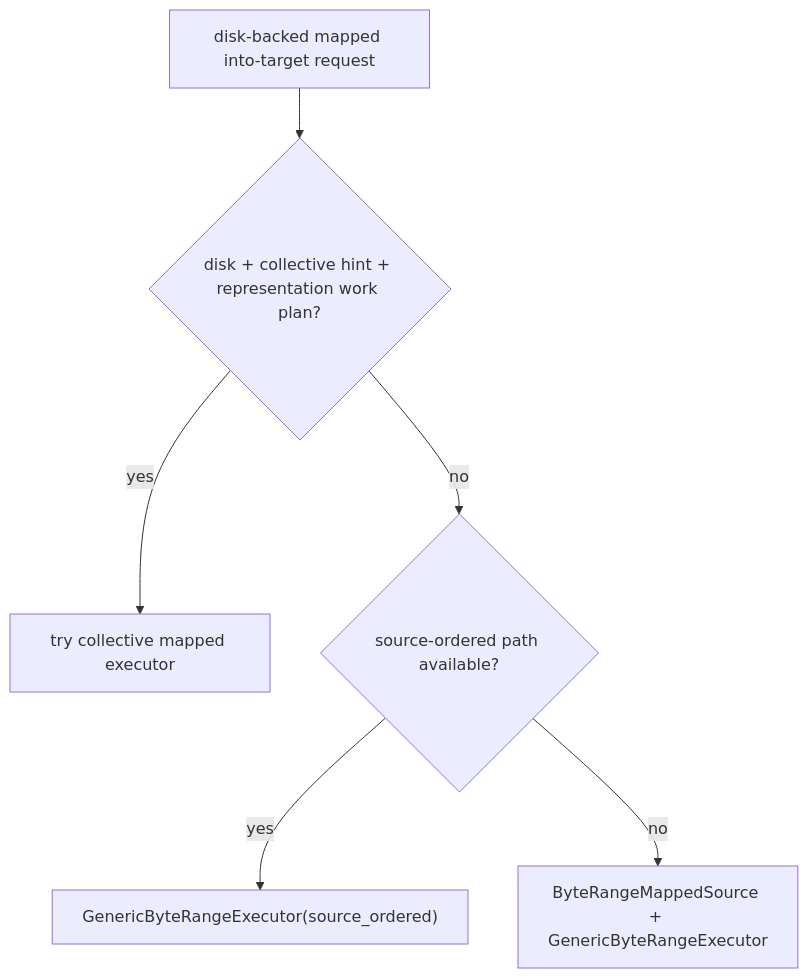
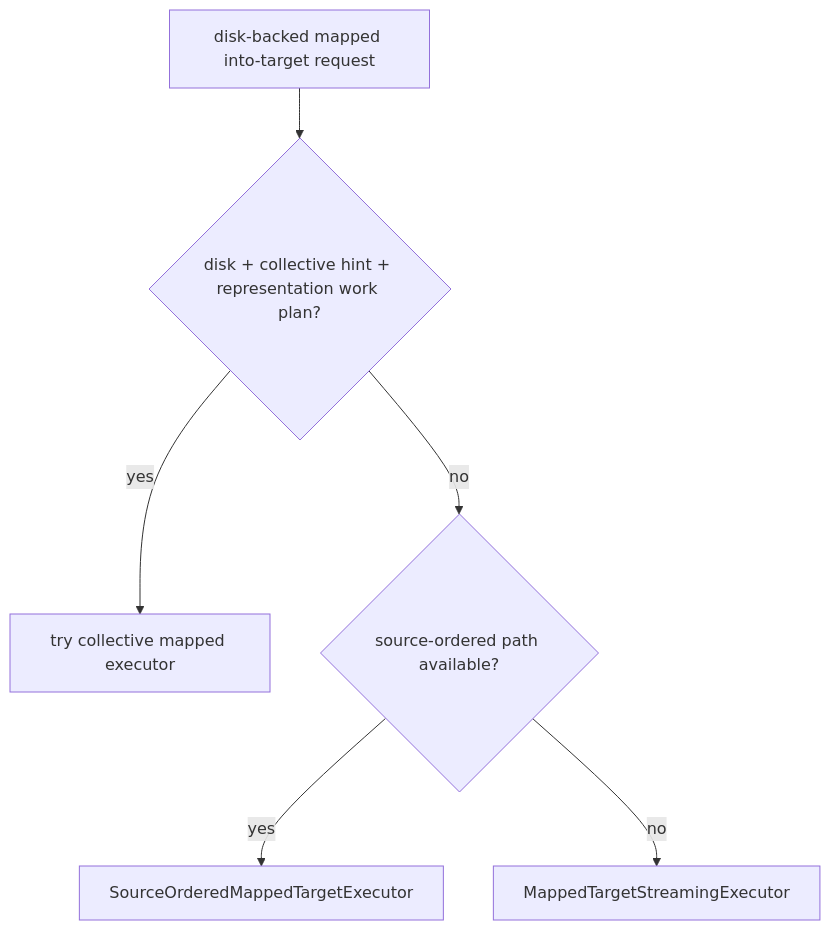
Before and after one commit to tensorcast-ai/tensorcast: the fourth of 4 diagrams in docs/internals/disk-load-strategy.md, drawn with Mermaid. The commit also changed other lines of this file and 3 other files, not shown here.

Commit message:
feat: report typed source-bound executor outcomes

````diff
--- a/docs/internals/disk-load-strategy.md
+++ b/docs/internals/disk-load-strategy.md
@@ -395,8 +395,8 @@
 ```mermaid
 flowchart TD
     A["disk-backed mapped into-target request"] --> B{"disk + collective hint + representation work plan?"}
     B -- "yes" --> C["try collective mapped executor"]
     B -- "no" --> D{"source-ordered path available?"}
-    D -- "yes" --> E["GenericByteRangeExecutor(source_ordered)"]
-    D -- "no" --> F["ByteRangeMappedSource + GenericByteRangeExecutor"]
+    D -- "yes" --> E["SourceOrderedMappedTargetExecutor"]
+    D -- "no" --> F["MappedTargetStreamingExecutor"]
 ```
````
